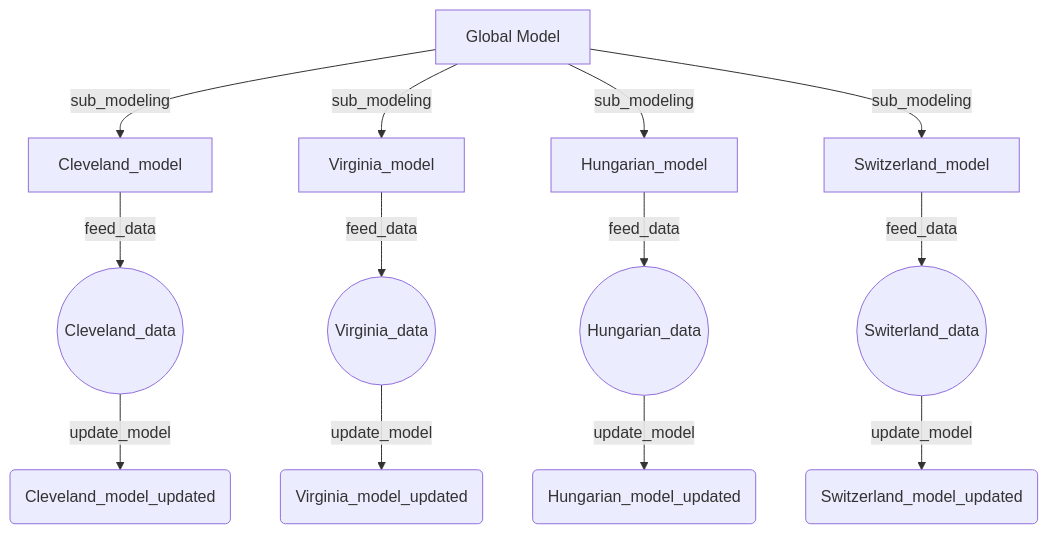
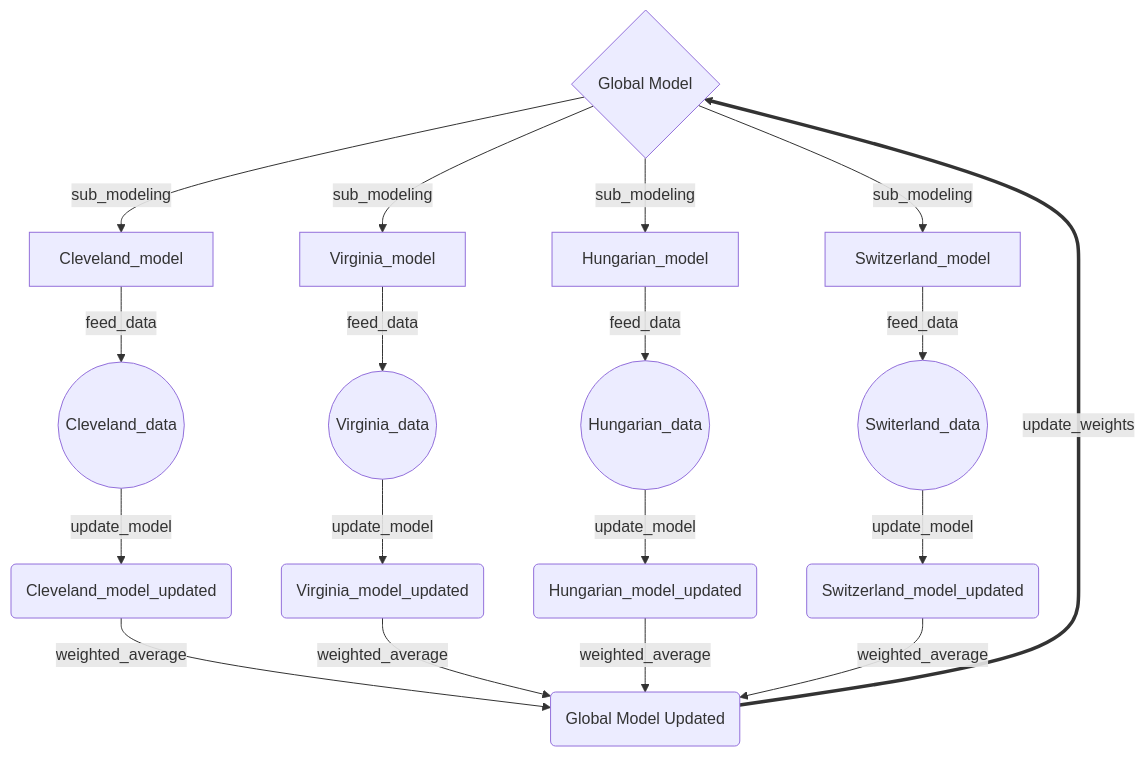
One commit to matsudatakeshi27/HeartDiseasePakula changed the diagram in README.md. Above: the diagram before and after it, drawn with Mermaid.

````diff
--- a/README.md
+++ b/README.md
@@ -50,17 +50,24 @@
 ```mermaid
 graph TB
-    A[Global Model] -- sub_modeling --> B[Cleveland_model]
-    A[Global Model] -- sub_modeling --> C[Virginia_model]
-    A[Global Model] -- sub_modeling --> D[Hungarian_model]
-    A[Global Model] -- sub_modeling --> E[Switzerland_model]
+    A{Global Model} -- sub_modeling --> B[Cleveland_model]
+    A{Global Model} -- sub_modeling --> C[Virginia_model]
+    A{Global Model} -- sub_modeling --> D[Hungarian_model]
+    A{Global Model} -- sub_modeling --> E[Switzerland_model]
 
     B -- feed_data --> F((Cleveland_data))
     C -- feed_data --> G((Virginia_data))
     D -- feed_data --> H((Hungarian_data))
     E -- feed_data --> I((Switerland_data))
 
     F -- update_model --> J(Cleveland_model_updated)
     G -- update_model --> K(Virginia_model_updated)
     H -- update_model --> L(Hungarian_model_updated)
     I -- update_model --> M(Switzerland_model_updated)
+
+    J -- weighted_average --> N(Global Model Updated)
+    K -- weighted_average --> N(Global Model Updated)
+    L -- weighted_average --> N(Global Model Updated)
+    M -- weighted_average --> N(Global Model Updated)
+
+    N == update_weights ==> A
 ```
````
